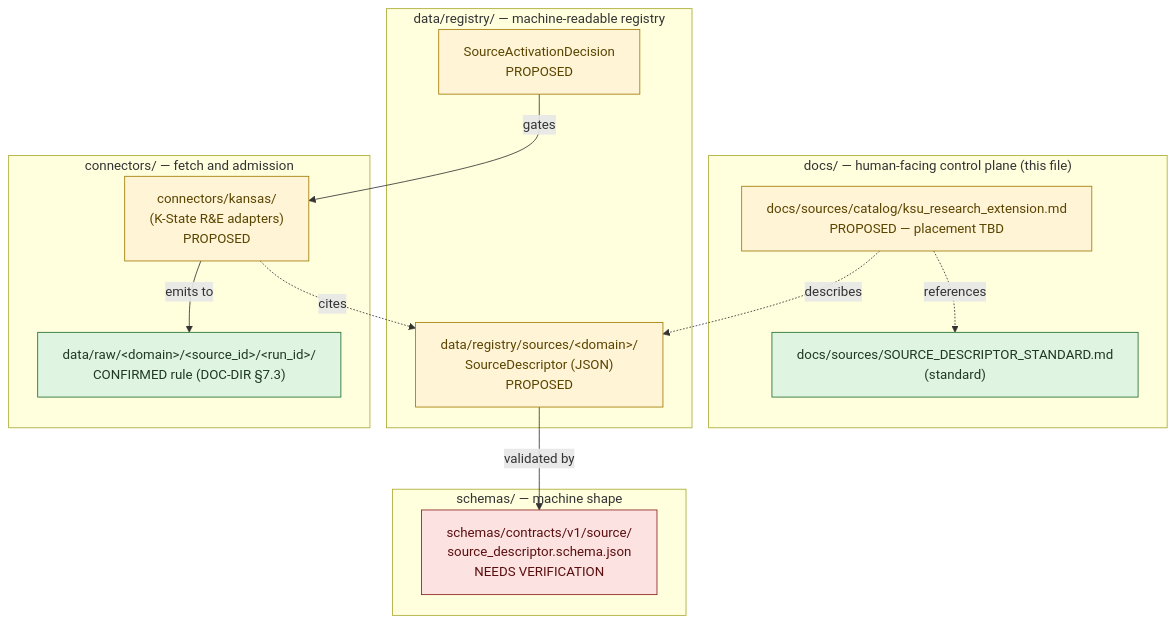
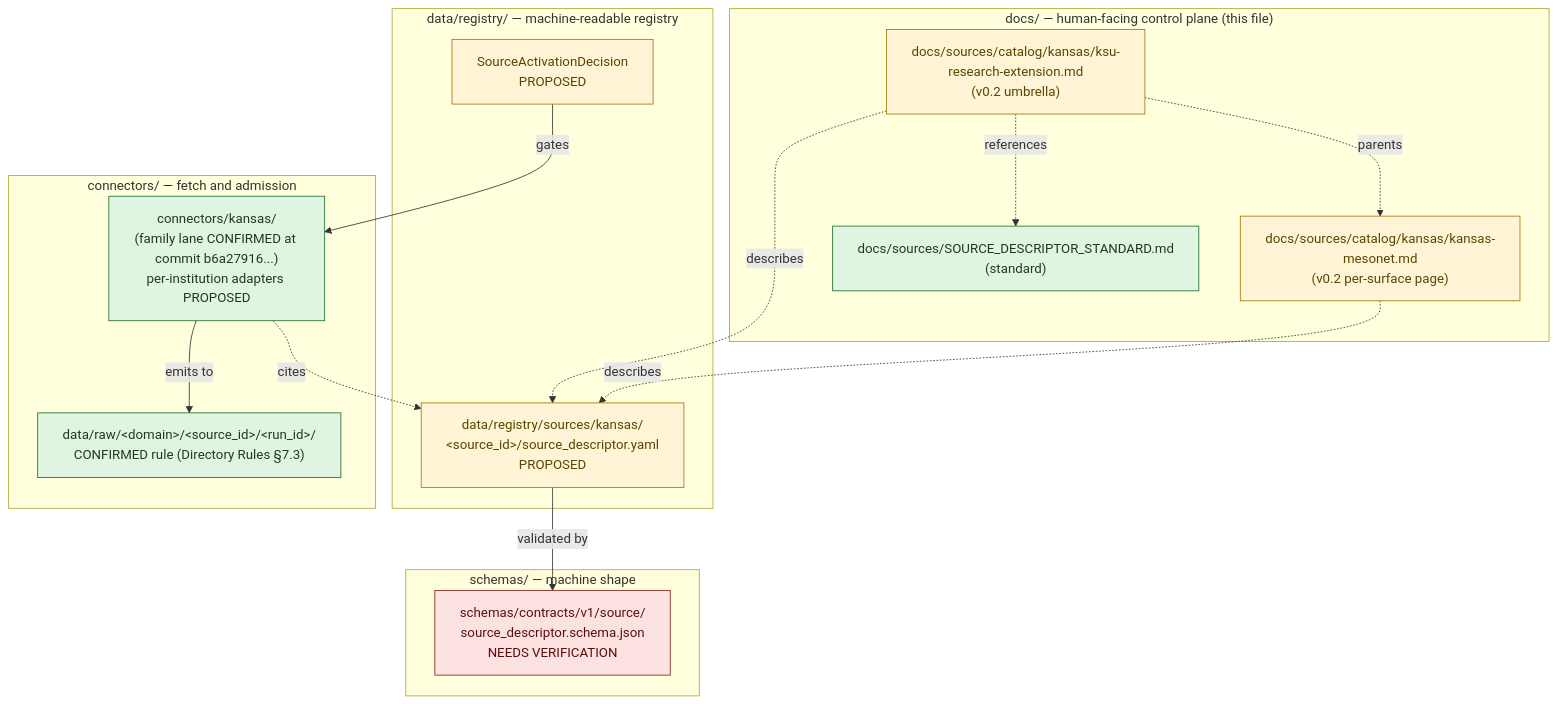
One commit to bartytime4life/Kansas-Frontier-Matrix changed the first of 2 diagrams in docs/sources/catalog/kansas/ksu-research-extension.md. Above: the diagram before and after it, drawn with Mermaid. The commit also changed other lines of this file, not shown here.

````diff
--- a/docs/sources/catalog/kansas/ksu-research-extension.md
+++ b/docs/sources/catalog/kansas/ksu-research-extension.md
@@ -89,35 +193,38 @@
 ```mermaid
 flowchart TB
   subgraph human["docs/ — human-facing control plane (this file)"]
-    THIS["docs/sources/catalog/ksu_research_extension.md<br/>PROPOSED — placement TBD"]
+    THIS["docs/sources/catalog/kansas/ksu-research-extension.md<br/>(v0.2 umbrella)"]
+    MESO["docs/sources/catalog/kansas/kansas-mesonet.md<br/>(v0.2 per-surface page)"]
     STD["docs/sources/SOURCE_DESCRIPTOR_STANDARD.md<br/>(standard)"]
   end
 
   subgraph machine["data/registry/ — machine-readable registry"]
-    DESC["data/registry/sources/&lt;domain&gt;/<br/>SourceDescriptor (JSON)<br/>PROPOSED"]
+    DESC["data/registry/sources/kansas/<br/>&lt;source_id&gt;/source_descriptor.yaml<br/>PROPOSED"]
     ACT["SourceActivationDecision<br/>PROPOSED"]
   end
 
   subgraph schema["schemas/ — machine shape"]
     SD["schemas/contracts/v1/source/<br/>source_descriptor.schema.json<br/>NEEDS VERIFICATION"]
   end
 
   subgraph code["connectors/ — fetch and admission"]
-    CON["connectors/kansas/<br/>(K-State R&amp;E adapters)<br/>PROPOSED"]
-    RAW["data/raw/&lt;domain&gt;/&lt;source_id&gt;/&lt;run_id&gt;/<br/>CONFIRMED rule (DOC-DIR §7.3)"]
+    CON["connectors/kansas/<br/>(family lane CONFIRMED at commit b6a27916...)<br/>per-institution adapters PROPOSED"]
+    RAW["data/raw/&lt;domain&gt;/&lt;source_id&gt;/&lt;run_id&gt;/<br/>CONFIRMED rule (Directory Rules §7.3)"]
   end
 
+  THIS -. parents .-> MESO
   THIS -. references .-> STD
   THIS -. describes .-> DESC
+  MESO -. describes .-> DESC
   DESC -- validated by --> SD
   CON -- emits to --> RAW
   CON -. cites .-> DESC
   ACT -- gates --> CON
 
   classDef proposed fill:#fff4d6,stroke:#a07a00,color:#5a4500;
   classDef confirmed fill:#dff5e1,stroke:#1f6d2c,color:#1f3a23;
   classDef verify fill:#fde2e2,stroke:#8a1f1f,color:#5a0f0f;
-  class THIS,CON,DESC,ACT proposed;
-  class RAW,STD confirmed;
+  class THIS,MESO,DESC,ACT proposed;
+  class RAW,STD,CON confirmed;
   class SD verify;
 ```
````
